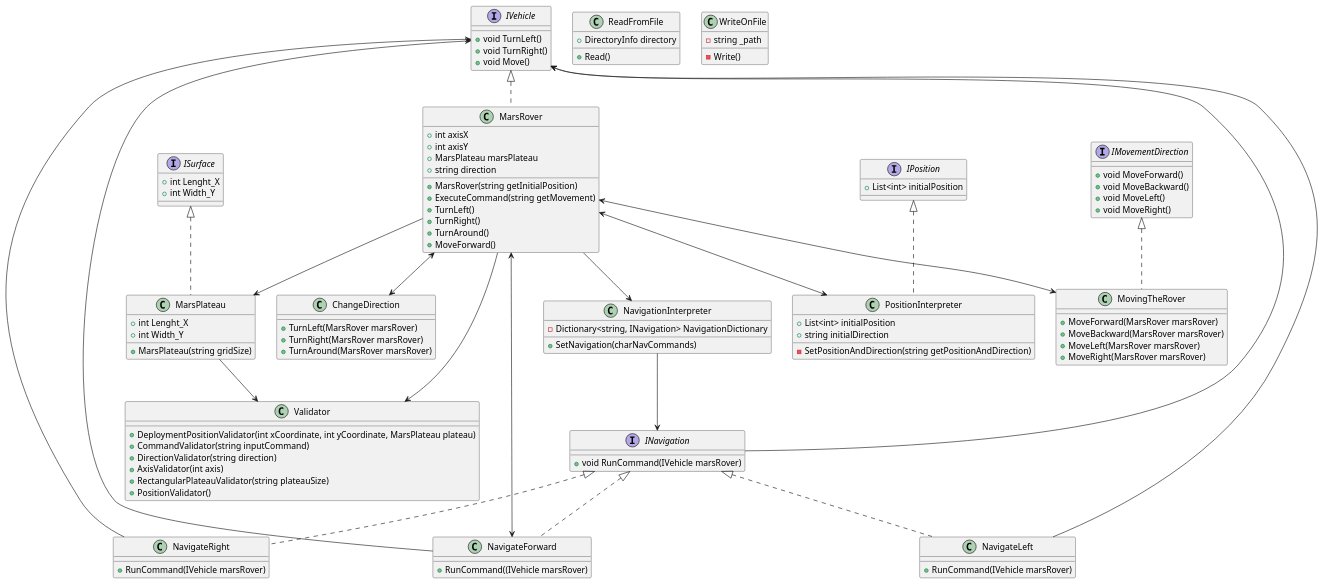
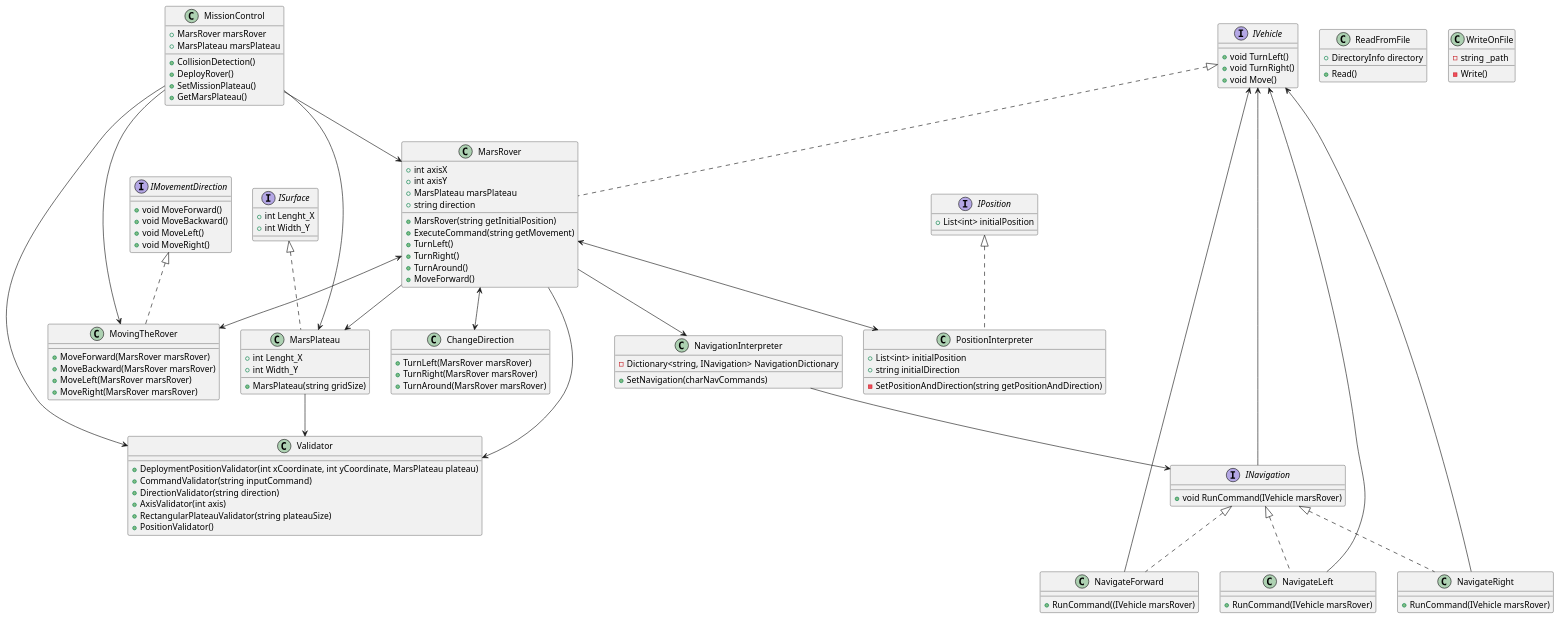
The diagram in Mars-Rover-Project/UML-Diagram/MarsRover.puml (vahidkianfar/Mars-Rover-Project), drawn with PlantUML before and after one commit. The commit also changed 6 other files, not shown here.

Commit message:
Added Functionality to "MissionControl" class, Updated UML and refactored tests.

```diff
--- a/Mars-Rover-Project/UML-Diagram/MarsRover.puml
+++ b/Mars-Rover-Project/UML-Diagram/MarsRover.puml
@@ -1,130 +1,145 @@
 @startuml "MarsRover-Kata-UML.png"
 
 interface IVehicle
 {
 + void TurnLeft()
 + void TurnRight()
 + void Move()
 }
 
 interface ISurface
 {
 + int Lenght_X
 + int Width_Y
 }
 
 interface IPosition
 {
 + List<int> initialPosition
 }
 
 interface INavigation
 {
 + void RunCommand(IVehicle marsRover)
 }
 
 interface IMovementDirection
 {
 + void MoveForward()
 + void MoveBackward()
 + void MoveLeft()
 + void MoveRight()
 }
 
 class MarsRover implements IVehicle
 {
 + int axisX
 + int axisY
 + MarsPlateau marsPlateau
 + string direction
 + MarsRover(string getInitialPosition)
 + ExecuteCommand(string getMovement)
 + TurnLeft()
 + TurnRight()
 + TurnAround()
 + MoveForward()
+}
+class MissionControl
+{
++ MarsRover marsRover
++ MarsPlateau marsPlateau
+
++ CollisionDetection()
++ DeployRover()
++ SetMissionPlateau()
++ GetMarsPlateau()
+
 }
 class MarsPlateau implements ISurface
 {
 + int Lenght_X
 + int Width_Y
 + MarsPlateau(string gridSize)
 }
 class NavigateLeft implements INavigation
 {
 + RunCommand(IVehicle marsRover)
 }
 
 class NavigateRight implements INavigation
 {
 + RunCommand(IVehicle marsRover)
 }
 class PositionInterpreter implements IPosition
 {
 + List<int> initialPosition
 + string initialDirection
 - SetPositionAndDirection(string getPositionAndDirection)
 }
 class NavigateForward implements INavigation
 {
 + RunCommand((IVehicle marsRover)
 }
 class NavigationInterpreter
 {
 - Dictionary<string, INavigation> NavigationDictionary
 + SetNavigation(charNavCommands)
 }
 class ChangeDirection
 {
 + TurnLeft(MarsRover marsRover)
 + TurnRight(MarsRover marsRover)
 + TurnAround(MarsRover marsRover)
 }
 
 class MovingTheRover implements IMovementDirection
 {
 + MoveForward(MarsRover marsRover)
 + MoveBackward(MarsRover marsRover)
 + MoveLeft(MarsRover marsRover)
 + MoveRight(MarsRover marsRover)
 }
 class Validator
 {
 + DeploymentPositionValidator(int xCoordinate, int yCoordinate, MarsPlateau plateau)
 + CommandValidator(string inputCommand)
 + DirectionValidator(string direction)
 + AxisValidator(int axis)
 + RectangularPlateauValidator(string plateauSize)
 + PositionValidator()
 }
 
 class ReadFromFile
 {
 + DirectoryInfo directory
 + Read()
 }
 class WriteOnFile
 {
 - string _path
 - Write()
 }
 INavigation --> IVehicle
 MarsRover <--> ChangeDirection
 MarsRover <--> MovingTheRover
-MarsRover <--> NavigateForward
 MarsRover <--> PositionInterpreter
 MarsRover --> MarsPlateau
 MarsRover --> NavigationInterpreter
 MarsRover --> Validator
 
 
 NavigateLeft --> IVehicle
 NavigateRight --> IVehicle
 NavigateForward --> IVehicle
 
 NavigationInterpreter --> INavigation
 
 MarsPlateau --> Validator
 
+MissionControl --> MarsRover
+MissionControl --> MarsPlateau
+MissionControl --> Validator
+MissionControl --> MovingTheRover
+
 
 @enduml
```
